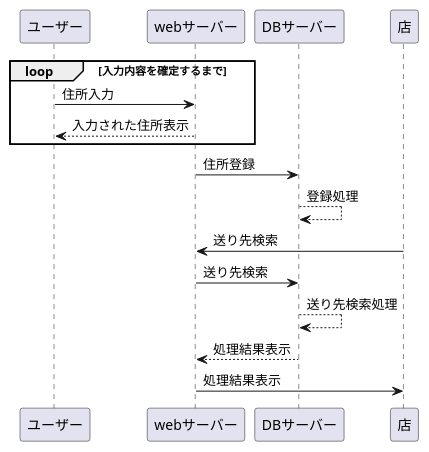
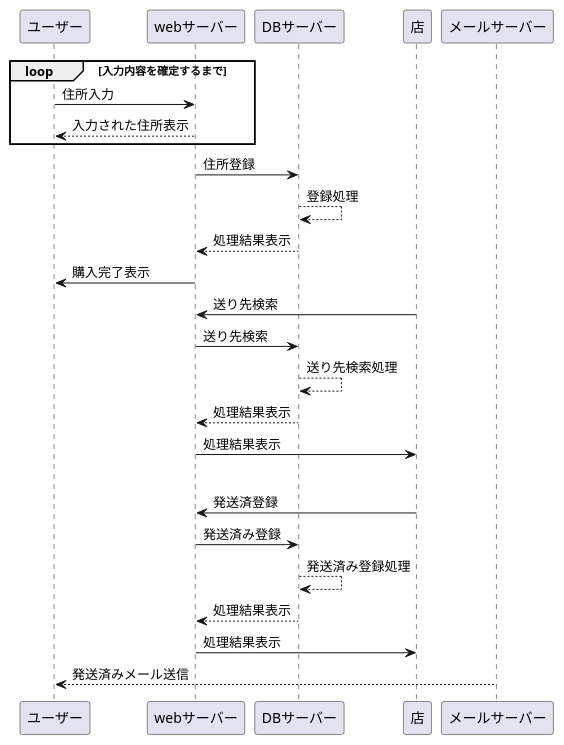
The diagram in md/original/original-flow2.md (Aso2001026/2021sys-design), drawn with PlantUML before and after one commit.

````diff
--- a/md/original/original-flow2.md
+++ b/md/original/original-flow2.md
@@ -1,16 +1,26 @@
 ```uml
 @startuml
 loop 入力内容を確定するまで
 ユーザー -> webサーバー : 住所入力
 webサーバー --> ユーザー :入力された住所表示
 end
 webサーバー -> DBサーバー : 住所登録
 DBサーバー --> DBサーバー : 登録処理
+DBサーバー --> webサーバー: 処理結果表示
+webサーバー -> ユーザー : 購入完了表示
+
 店 -> webサーバー : 送り先検索
 webサーバー -> DBサーバー: 送り先検索
 DBサーバー --> DBサーバー : 送り先検索処理
 DBサーバー --> webサーバー: 処理結果表示
 webサーバー -> 店 :処理結果表示
+opt 発送後
+店 -> webサーバー : 発送済登録
+webサーバー -> DBサーバー: 発送済み登録
+DBサーバー --> DBサーバー : 発送済み登録処理
+DBサーバー --> webサーバー: 処理結果表示
+webサーバー -> 店 :処理結果表示
+メールサーバー --> ユーザー : 発送済みメール送信
 
 @enduml
 ```
````
